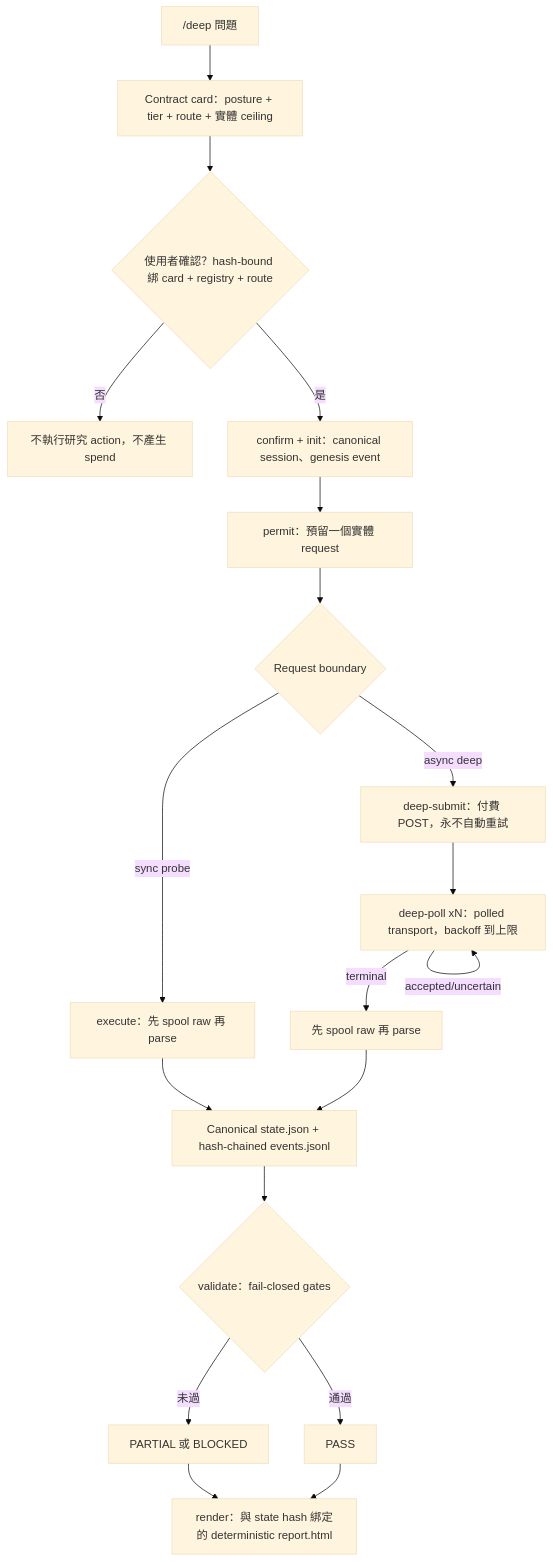
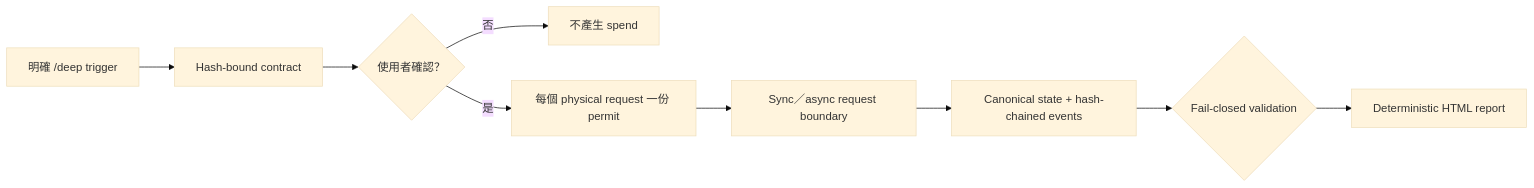
The diagram in README.zh-TW.md (jechiu16/claude-research-cascade), drawn with Mermaid (base theme) before and after one commit. The commit also changed other lines of this file and 18 other files, not shown here.

Commit message:
feat: rebrand as agent deep research trigger

````diff
--- a/README.zh-TW.md
+++ b/README.zh-TW.md
@@ -52,21 +115,11 @@
 ```mermaid
-flowchart TD
-    Q["/deep 問題"] --> CARD["Contract card：posture + tier + route + 實體 ceiling"]
-    CARD --> CONFIRM{"使用者確認？hash-bound 綁 card + registry + route"}
-    CONFIRM -- 否 --> STOP["不執行研究 action，不產生 spend"]
-    CONFIRM -- 是 --> INIT["confirm + init：canonical session、genesis event"]
-    INIT --> PERMIT["permit：預留一個實體 request"]
-    PERMIT --> BOUNDARY{"Request boundary"}
-    BOUNDARY -- sync probe --> PROBE["execute：先 spool raw 再 parse"]
-    BOUNDARY -- async deep --> SUBMIT["deep-submit：付費 POST，永不自動重試"]
-    SUBMIT --> POLL["deep-poll xN：polled transport，backoff 到上限"]
-    POLL -- accepted/uncertain --> POLL
-    POLL -- terminal --> HARVEST["先 spool raw 再 parse"]
-    PROBE --> STATE["Canonical state.json + hash-chained events.jsonl"]
-    HARVEST --> STATE
-    STATE --> VALIDATE{"validate：fail-closed gates"}
-    VALIDATE -- 未過 --> PARTIAL["PARTIAL 或 BLOCKED"]
-    VALIDATE -- 通過 --> PASS["PASS"]
-    PARTIAL --> RENDER["render：與 state hash 綁定的 deterministic report.html"]
-    PASS --> RENDER
+flowchart LR
+    T["明確 /deep trigger"] --> C["Hash-bound contract"]
+    C --> U{"使用者確認？"}
+    U -- 否 --> X["不產生 spend"]
+    U -- 是 --> P["每個 physical request 一份 permit"]
+    P --> B["Sync／async request boundary"]
+    B --> S["Canonical state + hash-chained events"]
+    S --> V{"Fail-closed validation"}
+    V --> R["Deterministic HTML report"]
 ```
````
